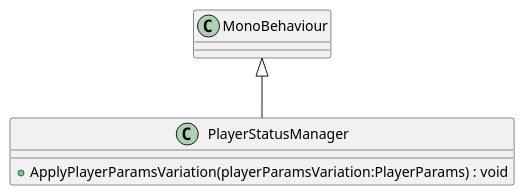
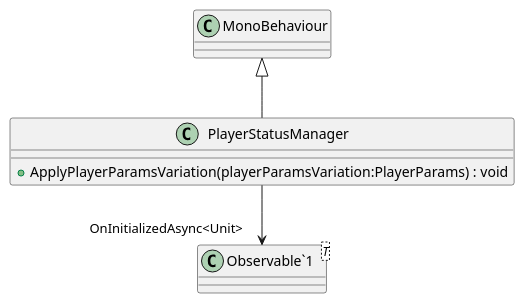
Before and after one commit to asterisk-cn/RougueShooter: the diagram in plantuml/auto/Player/PlayerStatusManager.puml, drawn with PlantUML. The commit also changed 44 other files, not shown here.

Commit message:
change: update uml

```diff
--- a/plantuml/auto/Player/PlayerStatusManager.puml
+++ b/plantuml/auto/Player/PlayerStatusManager.puml
@@ -1,6 +1,9 @@
 @startuml
 class PlayerStatusManager {
     + ApplyPlayerParamsVariation(playerParamsVariation:PlayerParams) : void
 }
+class "Observable`1"<T> {
+}
 MonoBehaviour <|-- PlayerStatusManager
+PlayerStatusManager --> "OnInitializedAsync<Unit>" "Observable`1"
 @enduml
```
